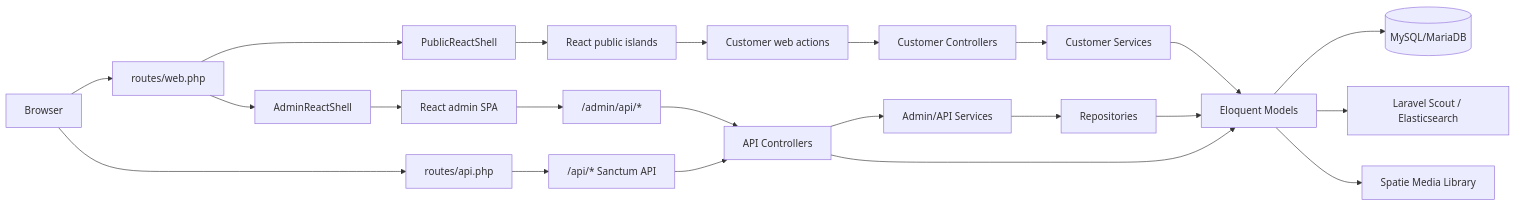
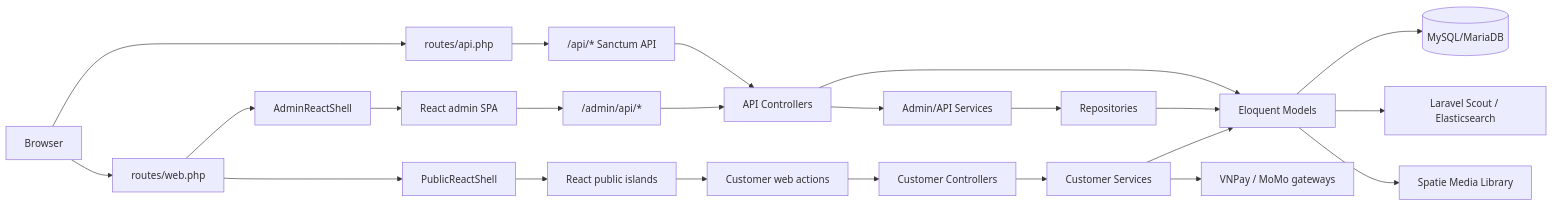
Before and after one commit to breakdown881/cosmetic-shop-react: the diagram in README.md, drawn with Mermaid. The commit also changed other lines of this file, not shown here.

````diff
--- a/README.md
+++ b/README.md
@@ -85,29 +92,30 @@
 ```mermaid
 flowchart LR
     Browser["Browser"] --> WebRoutes["routes/web.php"]
     Browser --> ApiRoutes["routes/api.php"]
 
     WebRoutes --> PublicShell["PublicReactShell"]
     WebRoutes --> AdminShell["AdminReactShell"]
     PublicShell --> PublicReact["React public islands"]
     AdminShell --> AdminReact["React admin SPA"]
 
-    PublicReact --> WebActions["Customer web actions"]
+    PublicReact --> CustomerActions["Customer web actions"]
     AdminReact --> AdminApi["/admin/api/*"]
     ApiRoutes --> ProtectedApi["/api/* Sanctum API"]
 
-    WebActions --> CustomerControllers["Customer Controllers"]
+    CustomerActions --> CustomerControllers["Customer Controllers"]
     AdminApi --> ApiControllers["API Controllers"]
     ProtectedApi --> ApiControllers
 
     CustomerControllers --> CustomerServices["Customer Services"]
     ApiControllers --> Services["Admin/API Services"]
     Services --> Repositories["Repositories"]
     CustomerServices --> Models["Eloquent Models"]
     Repositories --> Models
     ApiControllers --> Models
 
     Models --> DB[("MySQL/MariaDB")]
     Models --> Scout["Laravel Scout / Elasticsearch"]
     Models --> Media["Spatie Media Library"]
+    CustomerServices --> Payments["VNPay / MoMo gateways"]
 ```
````
